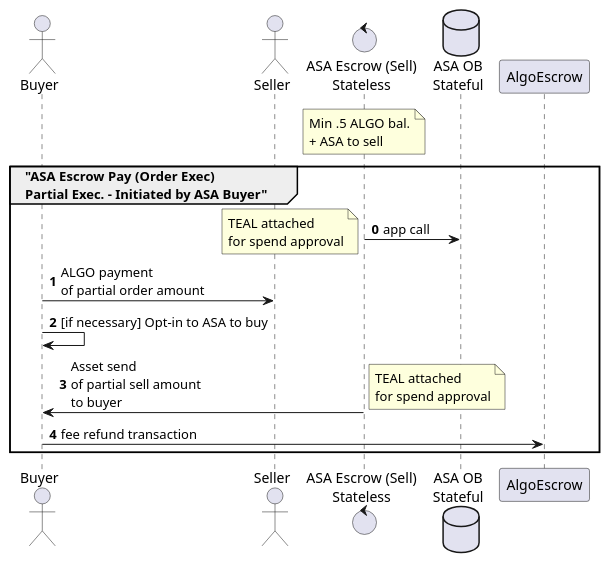
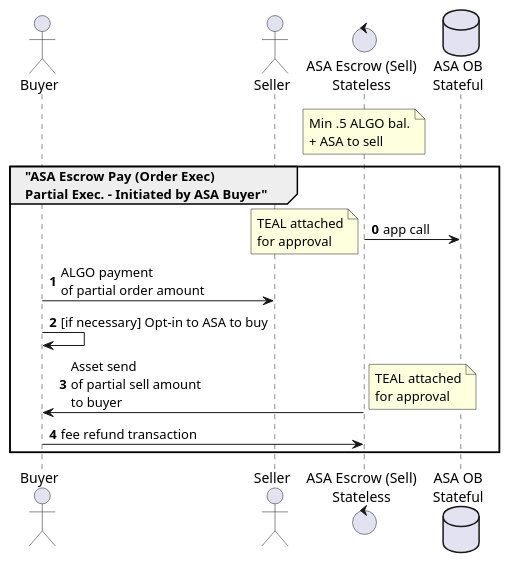
Before and after one commit to algodex/algodex-architecture: the diagram in diagrams/asa_escrow_execute_partial.puml, drawn with PlantUML. The commit also changed 16 other files, not shown here.

Commit message:
Update architecture notes and diagrams

```diff
--- a/diagrams/asa_escrow_execute_partial.puml
+++ b/diagrams/asa_escrow_execute_partial.puml
@@ -1,19 +1,19 @@
 @startuml
 actor Buyer
 actor Seller
 control "ASA Escrow (Sell)\nStateless" as ASAEscrow
 database "ASA OB\nStateful" as ASAOB
 note over ASAEscrow: Min .5 ALGO bal.\n+ ASA to sell
 
 group "ASA Escrow Pay (Order Exec)\nPartial Exec. - Initiated by ASA Buyer"
 autonumber 0
 ASAEscrow -> ASAOB: app call
-note left: TEAL attached\nfor spend approval
+note left: TEAL attached\nfor approval
 Buyer -> Seller: ALGO payment\nof partial order amount
 Buyer -> Buyer: [if necessary] Opt-in to ASA to buy
 ASAEscrow -> Buyer: Asset send\nof partial sell amount\nto buyer
-note right: TEAL attached\nfor spend approval
-Buyer -> AlgoEscrow: fee refund transaction
+note right: TEAL attached\nfor approval
+Buyer -> ASAEscrow: fee refund transaction
 end
 
 @enduml
```
